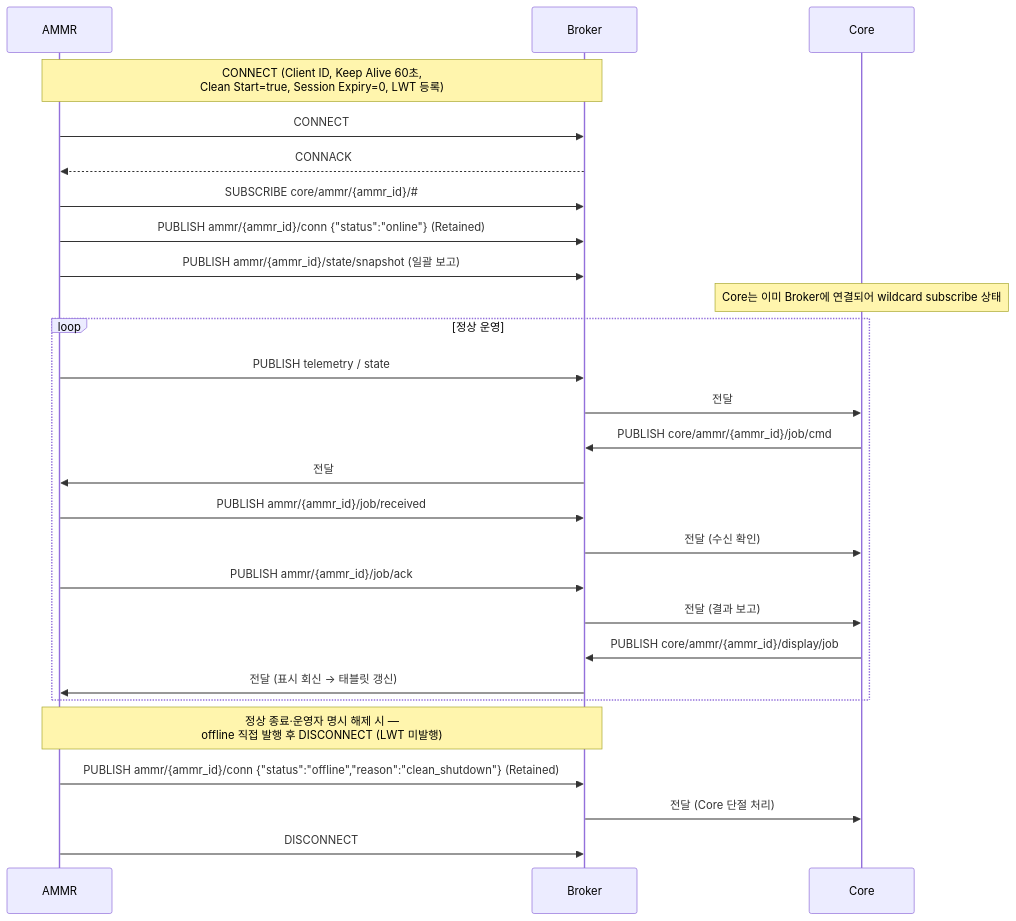
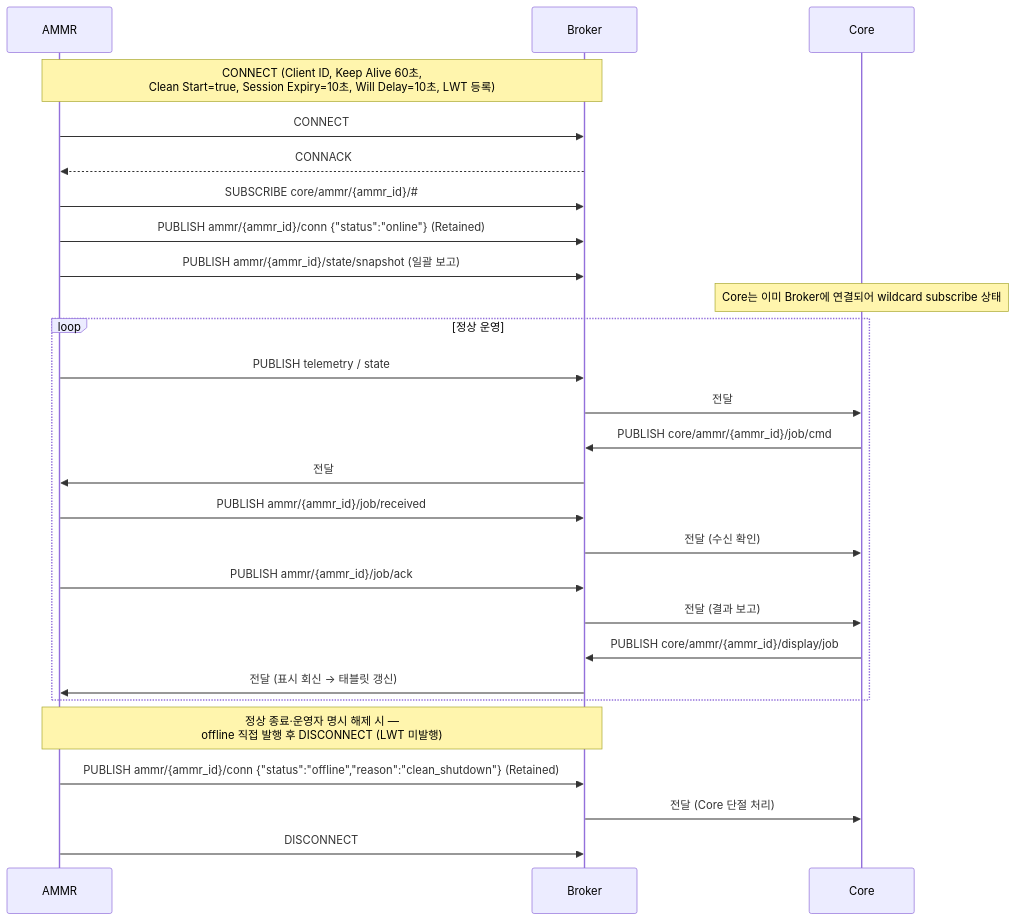
The third of 12 diagrams in docs/out/Core_ICD_AMMR.md (kimminsu0315/Core-Docs), drawn with Mermaid before and after one commit. The commit also changed other lines of this file and 12 other files, not shown here.

````diff
--- a/docs/out/Core_ICD_AMMR.md
+++ b/docs/out/Core_ICD_AMMR.md
@@ -236,33 +239,33 @@
 ```mermaid
 sequenceDiagram
     participant A as AMMR
     participant B as Broker
     participant C as Core
 
-    Note over A,B: CONNECT (Client ID, Keep Alive 60초,<br/>Clean Start=true, Session Expiry=0, LWT 등록)
+    Note over A,B: CONNECT (Client ID, Keep Alive 60초,<br/>Clean Start=true, Session Expiry=10초, Will Delay=10초, LWT 등록)
     A->>B: CONNECT
     B-->>A: CONNACK
     A->>B: SUBSCRIBE core/ammr/{ammr_id}/#35;
     A->>B: PUBLISH ammr/{ammr_id}/conn {"status":"online"} (Retained)
     A->>B: PUBLISH ammr/{ammr_id}/state/snapshot (일괄 보고)
 
     Note over C: Core는 이미 Broker에 연결되어 wildcard subscribe 상태
 
     loop 정상 운영
         A->>B: PUBLISH telemetry / state
         B->>C: 전달
         C->>B: PUBLISH core/ammr/{ammr_id}/job/cmd
         B->>A: 전달
         A->>B: PUBLISH ammr/{ammr_id}/job/received
         B->>C: 전달 (수신 확인)
         A->>B: PUBLISH ammr/{ammr_id}/job/ack
         B->>C: 전달 (결과 보고)
         C->>B: PUBLISH core/ammr/{ammr_id}/display/job
         B->>A: 전달 (표시 회신 → 태블릿 갱신)
     end
 
     Note over A,B: 정상 종료·운영자 명시 해제 시 —<br/>offline 직접 발행 후 DISCONNECT (LWT 미발행)
     A->>B: PUBLISH ammr/{ammr_id}/conn {"status":"offline","reason":"clean_shutdown"} (Retained)
     B->>C: 전달 (Core 단절 처리)
     A->>B: DISCONNECT
 ```
````
